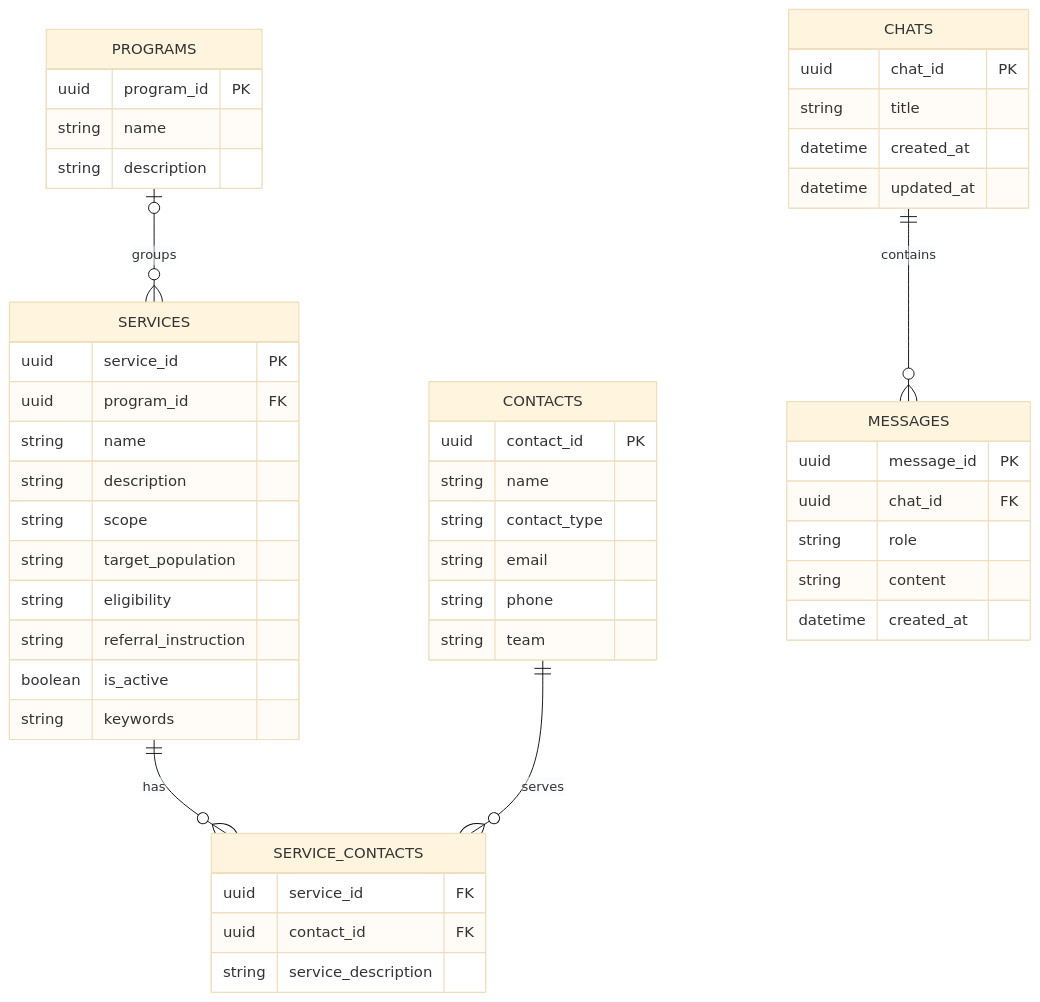
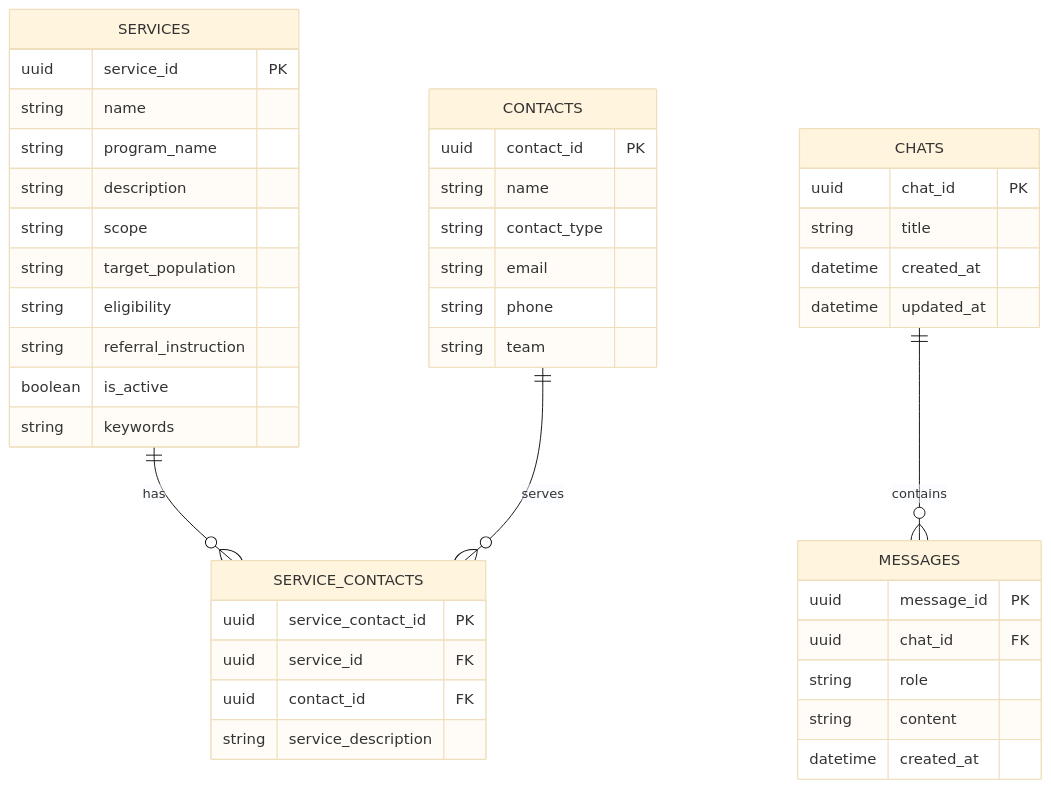
The second of 2 diagrams in design/architecture_diagram.md (rice-apps/montrose-center), drawn with Mermaid (base theme) before and after one commit. The commit also changed other lines of this file, not shown here.

Commit message:
updated mermaid architecture diagram

````diff
--- a/design/architecture_diagram.md
+++ b/design/architecture_diagram.md
@@ -38,51 +38,46 @@
 ```mermaid
 erDiagram
-    PROGRAMS |o--o{ SERVICES : groups
     SERVICES ||--o{ SERVICE_CONTACTS : has
     CONTACTS ||--o{ SERVICE_CONTACTS : serves
     CHATS ||--o{ MESSAGES : contains
 
-    PROGRAMS {
-        uuid program_id PK
-        string name
-        string description
-    }
     SERVICES {
         uuid service_id PK
-        uuid program_id FK
         string name
+        string program_name
         string description
         string scope
         string target_population
         string eligibility
         string referral_instruction
         boolean is_active
         string keywords
     }
     CONTACTS {
         uuid contact_id PK
         string name
         string contact_type
         string email
         string phone
         string team
     }
     SERVICE_CONTACTS {
+        uuid service_contact_id PK
         uuid service_id FK
         uuid contact_id FK
         string service_description
     }
     CHATS {
         uuid chat_id PK
         string title
         datetime created_at
         datetime updated_at
     }
     MESSAGES {
         uuid message_id PK
         uuid chat_id FK
         string role
         string content
         datetime created_at
     }
 ```
````
